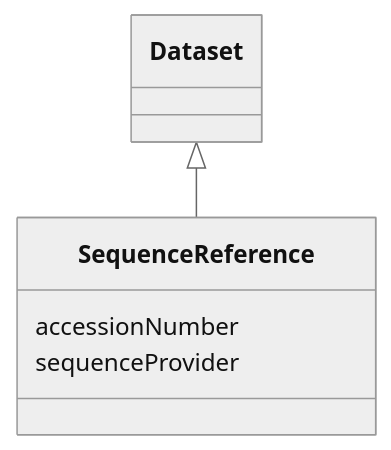
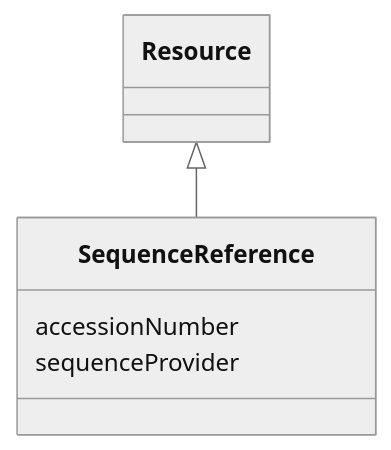
The diagram in models/docs/SequenceReference.md (EVORA-project/evora-ontology), drawn with Mermaid (neutral theme) before and after one commit. The commit also changed other lines of this file and 166 other files, not shown here.

````diff
--- a/models/docs/SequenceReference.md
+++ b/models/docs/SequenceReference.md
@@ -19,13 +19,13 @@
 ```mermaid
  classDiagram
     class SequenceReference
     click SequenceReference href "../SequenceReference"
-      Dataset <|-- SequenceReference
-        click Dataset href "../Dataset"
+      Resource <|-- SequenceReference
+        click Resource href "../Resource"
       
       SequenceReference : accessionNumber
         
       SequenceReference : sequenceProvider
         
       
 ```
````
